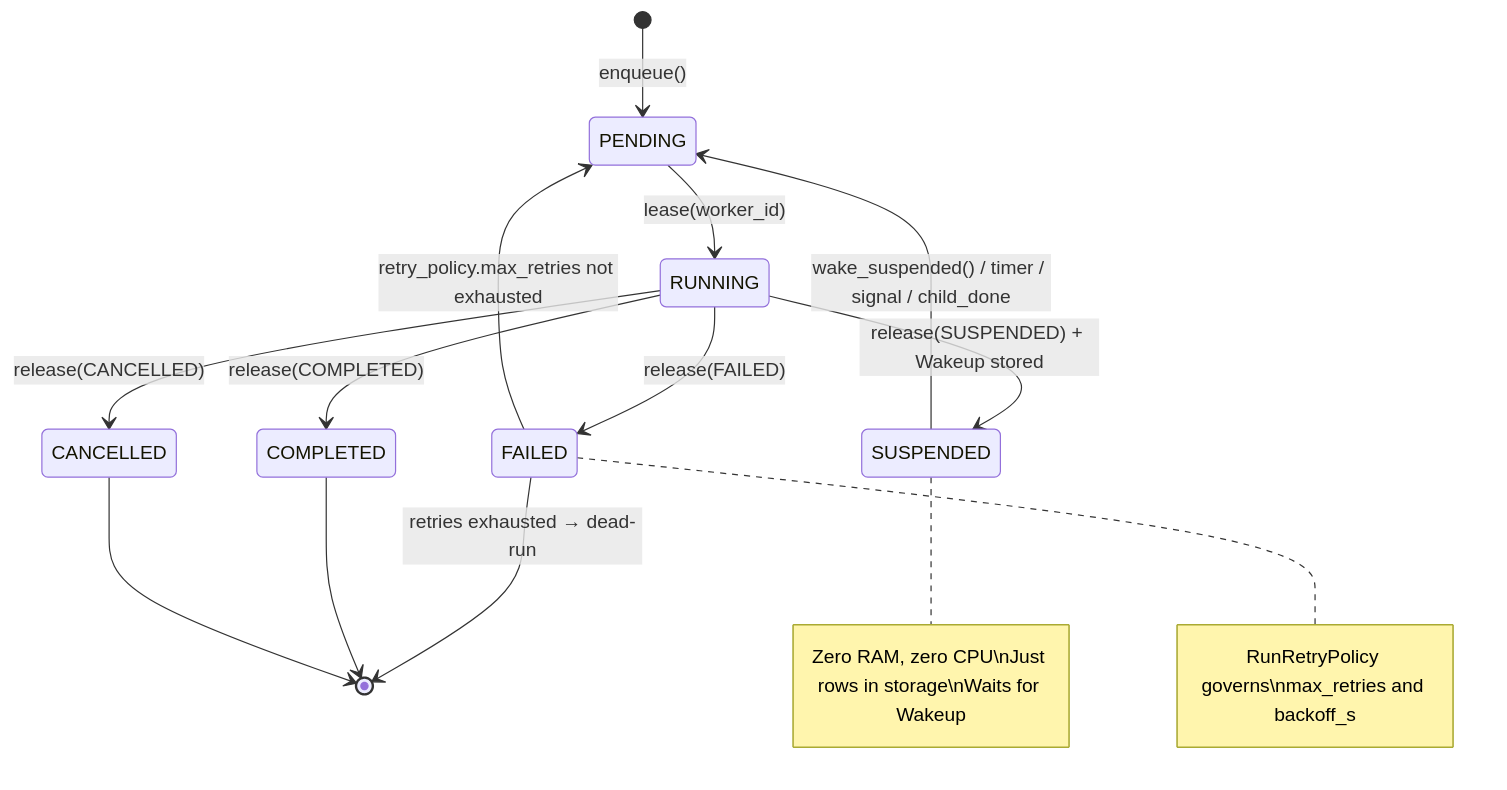
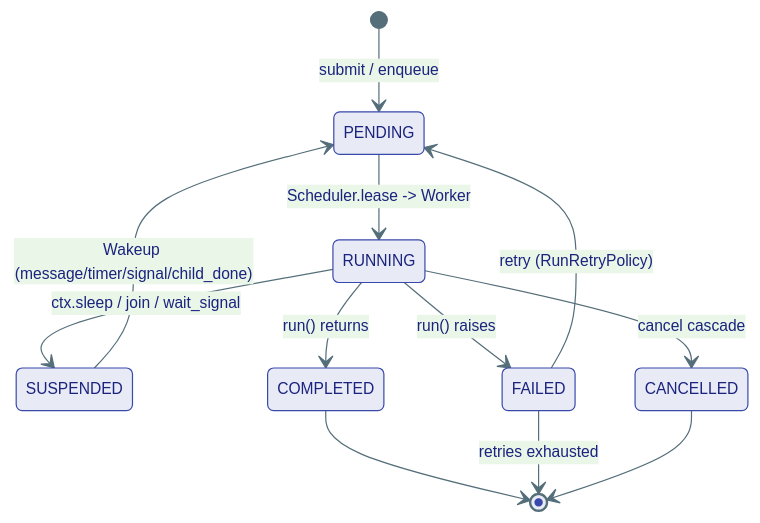
The fourth of 6 diagrams in agents/agent-substrate/docs/kernel/07-runtime.md (Ravikumarchavva/agent-substrate), drawn with Mermaid before and after one commit. The commit also changed other lines of this file and 139 other files, not shown here.

First line of the commit message:
Add in-memory graph and vector stores for local development and testing

````diff
--- a/agents/agent-substrate/docs/kernel/07-runtime.md
+++ b/agents/agent-substrate/docs/kernel/07-runtime.md
@@ -11,17 +374,15 @@
 ```mermaid
+%%{init: {'theme': 'base', 'themeVariables': {'primaryColor': '#E8EAF6','primaryTextColor': '#1A237E','primaryBorderColor': '#3949AB','lineColor': '#546E7A','fontSize': '13px'}}}%%
 stateDiagram-v2
-    [*] --> PENDING : enqueue()
-    PENDING --> RUNNING : lease(worker_id)
-    RUNNING --> SUSPENDED : release(SUSPENDED) + Wakeup stored
-    SUSPENDED --> PENDING : wake_suspended() / timer / signal / child_done
-    RUNNING --> COMPLETED : release(COMPLETED)
-    RUNNING --> FAILED : release(FAILED)
-    RUNNING --> CANCELLED : release(CANCELLED)
-    FAILED --> PENDING : retry_policy.max_retries not exhausted
-    FAILED --> [*] : retries exhausted → dead-run
+    [*] --> PENDING: submit / enqueue
+    PENDING --> RUNNING: Scheduler.lease -> Worker
+    RUNNING --> SUSPENDED: ctx.sleep / join / wait_signal
+    SUSPENDED --> PENDING: Wakeup (message/timer/signal/child_done)
+    RUNNING --> COMPLETED: run() returns
+    RUNNING --> FAILED: run() raises
+    RUNNING --> CANCELLED: cancel cascade
+    FAILED --> PENDING: retry (RunRetryPolicy)
     COMPLETED --> [*]
+    FAILED --> [*]: retries exhausted
     CANCELLED --> [*]
-
-    note right of SUSPENDED : Zero RAM, zero CPU\nJust rows in storage\nWaits for Wakeup
-    note right of FAILED : RunRetryPolicy governs\nmax_retries and backoff_s
 ```
````
